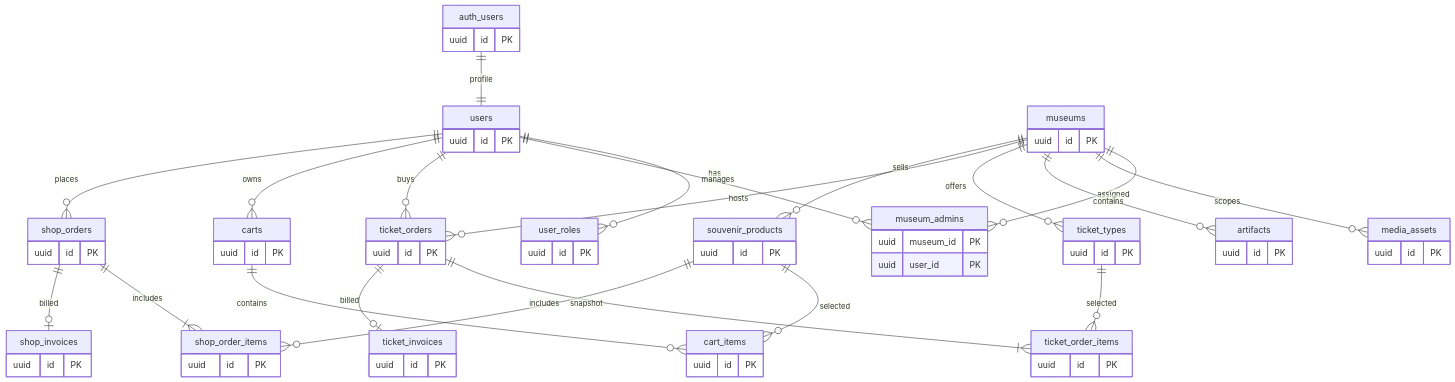
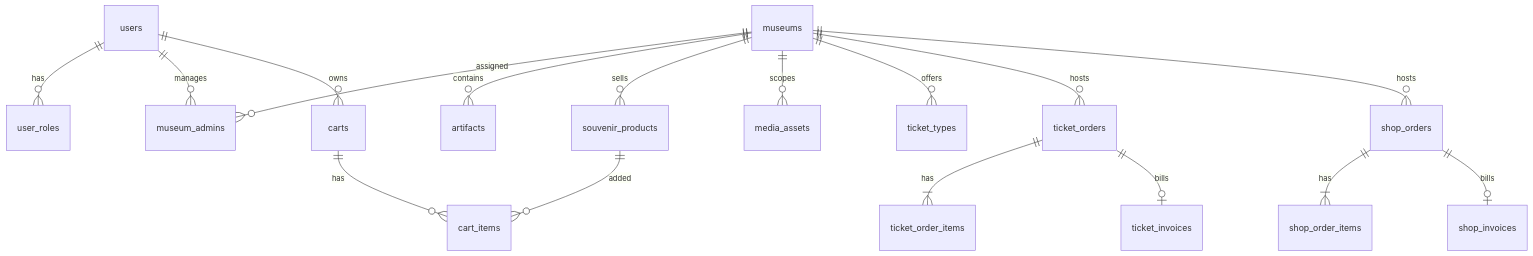
Before and after one commit to zetomis-was-taken/sota-backend: the diagram in docs/database-design.md, drawn with Mermaid. The commit also changed other lines of this file and 1 other file, not shown here.

````diff
--- a/docs/database-design.md
+++ b/docs/database-design.md
@@ -38,44 +38,19 @@
 ```mermaid
 erDiagram
-  auth_users ||--|| users : profile
   users ||--o{ user_roles : has
   users ||--o{ museum_admins : manages
   museums ||--o{ museum_admins : assigned
+  museums ||--o{ artifacts : contains
+  museums ||--o{ souvenir_products : sells
   museums ||--o{ media_assets : scopes
-  museums ||--o{ artifacts : contains
   museums ||--o{ ticket_types : offers
   museums ||--o{ ticket_orders : hosts
-  ticket_orders ||--|{ ticket_order_items : includes
-  ticket_types ||--o{ ticket_order_items : selected
-  users ||--o{ ticket_orders : buys
-  ticket_orders ||--o| ticket_invoices : billed
-  museums ||--o{ souvenir_products : sells
+  museums ||--o{ shop_orders : hosts
+  ticket_orders ||--|{ ticket_order_items : has
+  ticket_orders ||--o| ticket_invoices : bills
+  shop_orders ||--|{ shop_order_items : has
+  shop_orders ||--o| shop_invoices : bills
   users ||--o{ carts : owns
-  carts ||--o{ cart_items : contains
-  souvenir_products ||--o{ cart_items : selected
-  users ||--o{ shop_orders : places
-  shop_orders ||--|{ shop_order_items : includes
-  souvenir_products ||--o{ shop_order_items : snapshot
-  shop_orders ||--o| shop_invoices : billed
-
-  auth_users { uuid id PK }
-  users { uuid id PK }
-  user_roles { uuid id PK }
-  museums { uuid id PK }
-  museum_admins {
-    uuid museum_id PK
-    uuid user_id PK
-  }
-  media_assets { uuid id PK }
-  artifacts { uuid id PK }
-  ticket_types { uuid id PK }
-  ticket_orders { uuid id PK }
-  ticket_order_items { uuid id PK }
-  ticket_invoices { uuid id PK }
-  souvenir_products { uuid id PK }
-  carts { uuid id PK }
-  cart_items { uuid id PK }
-  shop_orders { uuid id PK }
-  shop_order_items { uuid id PK }
-  shop_invoices { uuid id PK }
+  carts ||--o{ cart_items : has
+  souvenir_products ||--o{ cart_items : added
 ```
````
